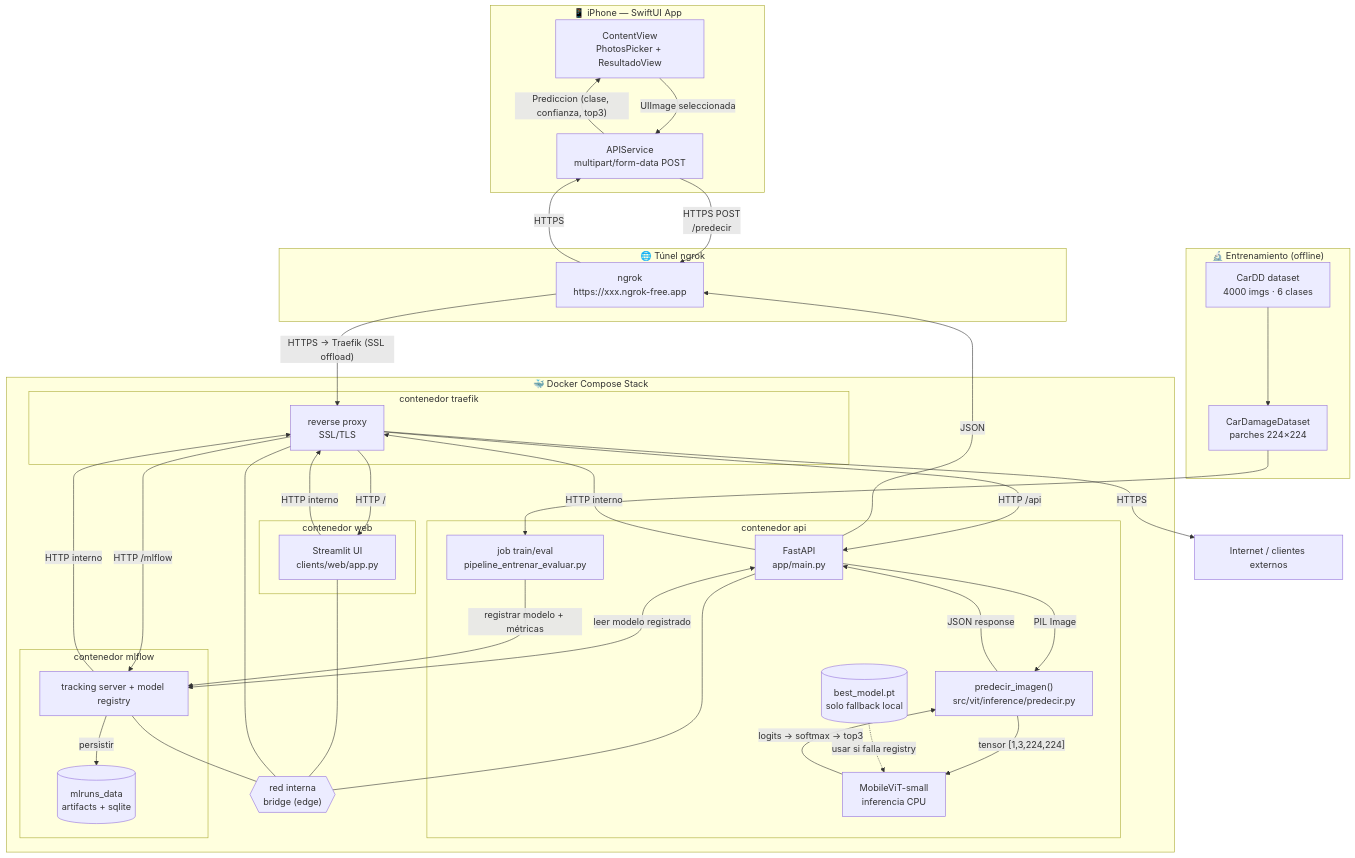
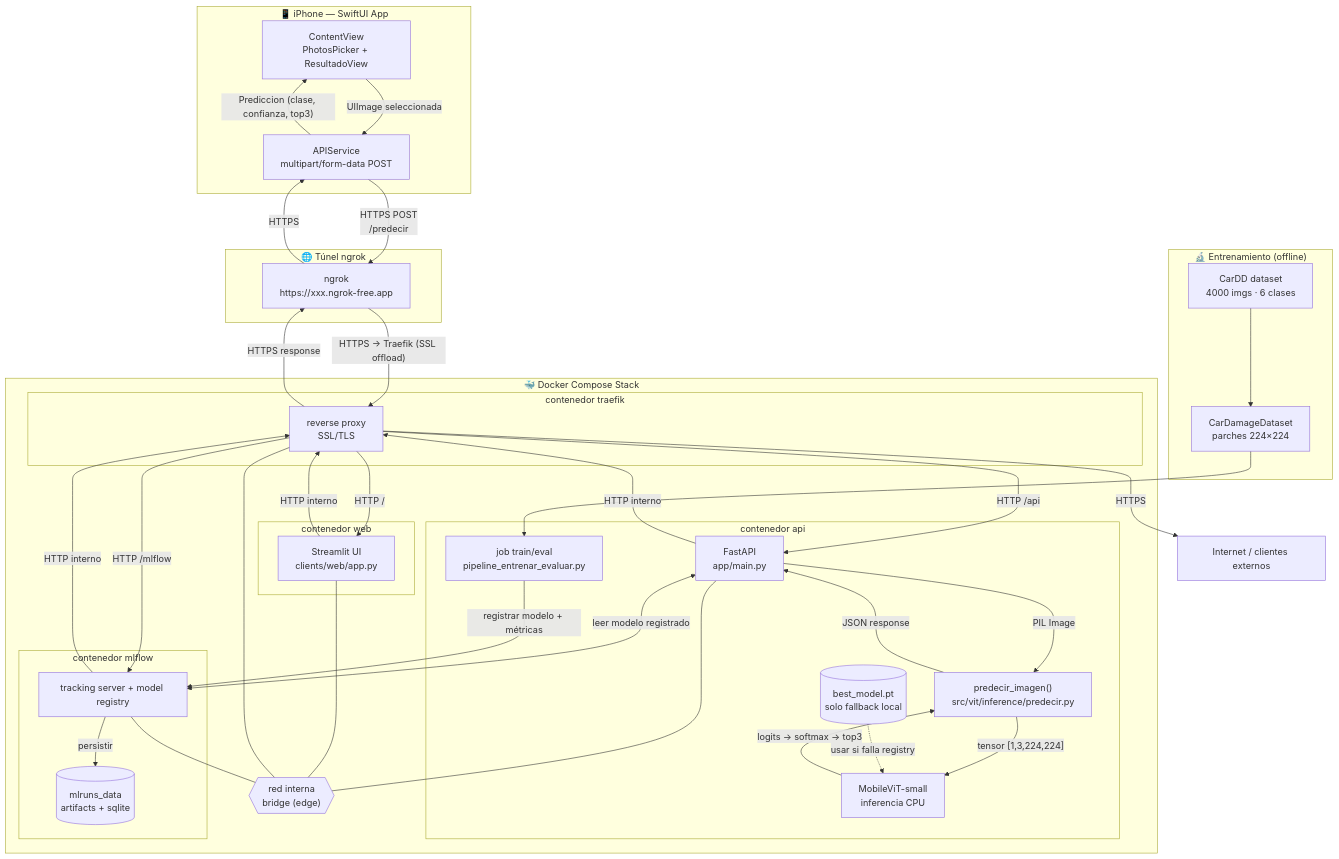
The first of 3 diagrams in README.md (matiastripode/car-damage-vit), drawn with Mermaid before and after one commit. The commit also changed other lines of this file, not shown here.

````diff
--- a/README.md
+++ b/README.md
@@ -9,75 +9,75 @@
 ```mermaid
 graph TB
     subgraph iPhone["📱 iPhone — SwiftUI App"]
         UI["ContentView\nPhotosPicker + ResultadoView"]
         SVC["APIService\nmultipart/form-data POST"]
         UI -->|"UIImage seleccionada"| SVC
         SVC -->|"Prediccion (clase, confianza, top3)"| UI
     end
 
     subgraph Tunnel["🌐 Túnel ngrok"]
         NG["ngrok\nhttps://xxx.ngrok-free.app"]
     end
 
     subgraph Backend["🐳 Docker Compose Stack"]
         NET{{"red interna\nbridge (edge)"}}
 
         subgraph C_TRF["contenedor traefik"]
             TRF["reverse proxy\nSSL/TLS"]
         end
 
         subgraph C_WEB["contenedor web"]
             WEB["Streamlit UI\nclients/web/app.py"]
         end
 
         subgraph C_API["contenedor api"]
             API["FastAPI\napp/main.py"]
             INF["predecir_imagen()\nsrc/vit/inference/predecir.py"]
             MDL["MobileViT-small\ninferencia CPU"]
             CKPT[("best_model.pt\nsolo fallback local")]
             TRN["job train/eval\npipeline_entrenar_evaluar.py"]
         end
 
         subgraph C_MLF["contenedor mlflow"]
             MLF["tracking server + model registry"]
             VOL[("mlruns_data\nartifacts + sqlite")]
         end
 
         WEB --- NET
         API --- NET
         MLF --- NET
         TRF --- NET
 
         TRF -->|"HTTP /"| WEB
         TRF -->|"HTTP /api"| API
         TRF -->|"HTTP /mlflow"| MLF
 
         API -->|"PIL Image"| INF
         INF -->|"tensor [1,3,224,224]"| MDL
         CKPT -.->|"usar si falla registry"| MDL
         MDL -->|"logits → softmax → top3"| INF
         INF -->|"JSON response"| API
 
         API <-->|"leer modelo registrado"| MLF
         TRN -->|"registrar modelo + métricas"| MLF
         MLF -->|"persistir"| VOL
     end
 
     subgraph Training["🔬 Entrenamiento (offline)"]
         DS["CarDD dataset\n4000 imgs · 6 clases"]
         PATCH["CarDamageDataset\nparches 224×224"]
         DS --> PATCH --> TRN
     end
 
     EXT["Internet / clientes externos"]
 
     SVC -->|"HTTPS POST\n/predecir"| NG
     NG -->|"HTTPS → Traefik (SSL offload)"| TRF
-    API -->|"JSON"| NG
+    TRF -->|"HTTPS response"| NG
     NG -->|"HTTPS"| SVC
 
     WEB -->|"HTTP interno"| TRF
     API -->|"HTTP interno"| TRF
     MLF -->|"HTTP interno"| TRF
     TRF -->|"HTTPS"| EXT
 ```
````
